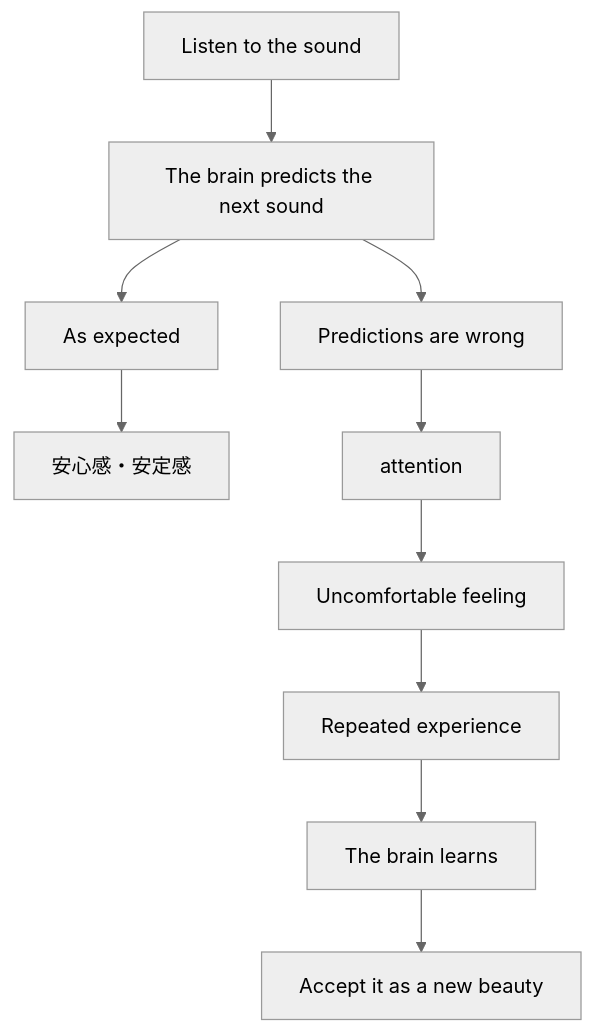
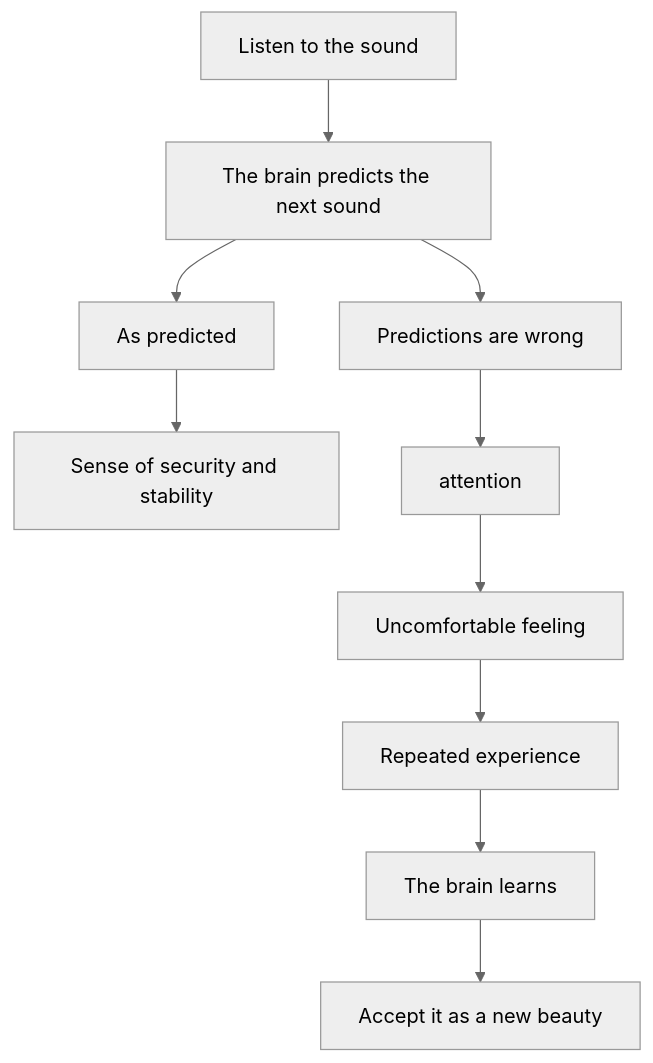
The second of 3 diagrams in en/_posts/2026-07-11-column-microtonality-as-emotional-disruption.md (monumental-movement/monumental-movement.github.io), drawn with Mermaid (neutral theme) before and after one commit. The commit also changed other lines of this file and 851 other files, not shown here.

```diff
--- a/en/_posts/2026-07-11-column-microtonality-as-emotional-disruption.md
+++ b/en/_posts/2026-07-11-column-microtonality-as-emotional-disruption.md
@@ -665,15 +665,15 @@
 <div class="mermaid">
 flowchart TD
 
 A["Listen to the sound"] --> B["The brain predicts the next sound"]
-B --> C["As expected"]
+B --> C["As predicted"]
 B --> D["Predictions are wrong"]
 
-C --> E["安心感・安定感"]
+C --> E["Sense of security and stability"]
 
 D --> F["attention"]
 F --> G["Uncomfortable feeling"]
 G --> H["Repeated experience"]
 H --> I["The brain learns"]
 I --> J["Accept it as a new beauty"]
 </div>
```
